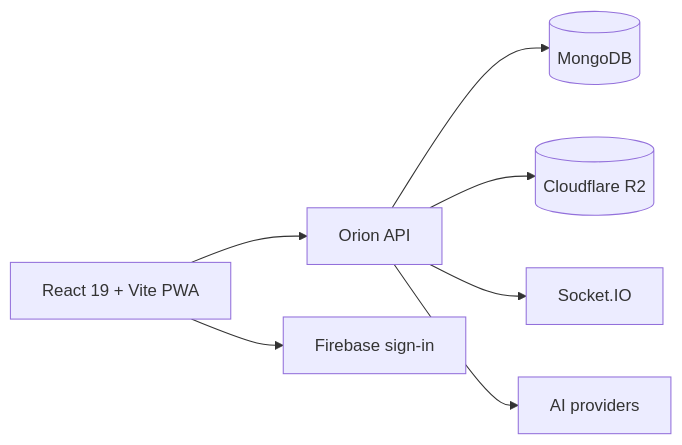
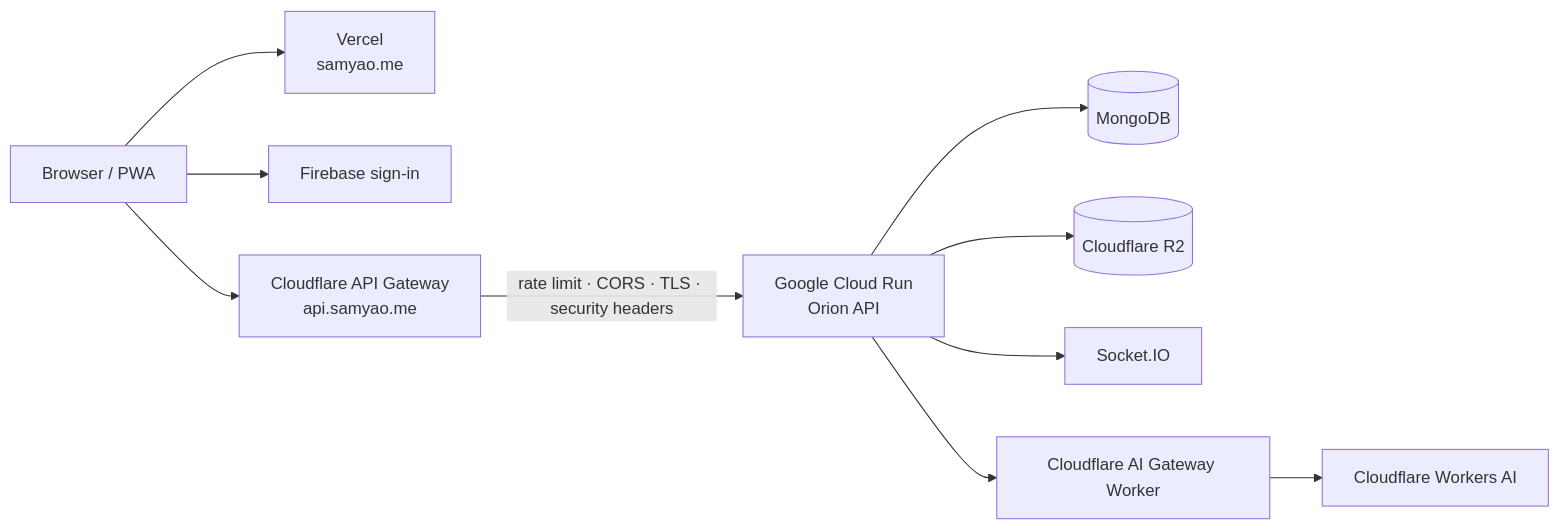
Before and after one commit to yaohuangguan/orion-frontend: the diagram in README.md, drawn with Mermaid. The commit also changed other lines of this file, not shown here.

Commit message:
docs: document Cloudflare API edge and streaming imports

````diff
--- a/README.md
+++ b/README.md
@@ -72,9 +75,13 @@
 ```mermaid
 flowchart LR
-  Browser[React 19 + Vite PWA] --> API[Orion API]
+  Browser[Browser / PWA] --> Vercel[Vercel\nsamyao.me]
   Browser --> Firebase[Firebase sign-in]
+  Browser --> Edge[Cloudflare API Gateway\napi.samyao.me]
+
+  Edge -->|rate limit · CORS · TLS · security headers| API[Google Cloud Run\nOrion API]
   API --> Mongo[(MongoDB)]
   API --> R2[(Cloudflare R2)]
   API --> Realtime[Socket.IO]
-  API --> AI[AI providers]
+  API --> AIGateway[Cloudflare AI Gateway Worker]
+  AIGateway --> WorkersAI[Cloudflare Workers AI]
 ```
````
